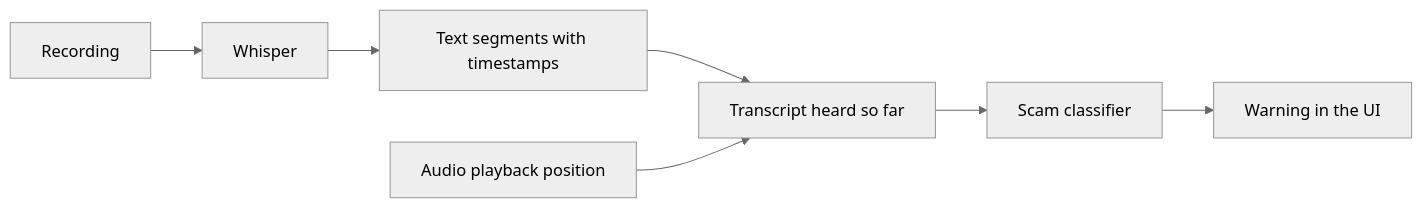
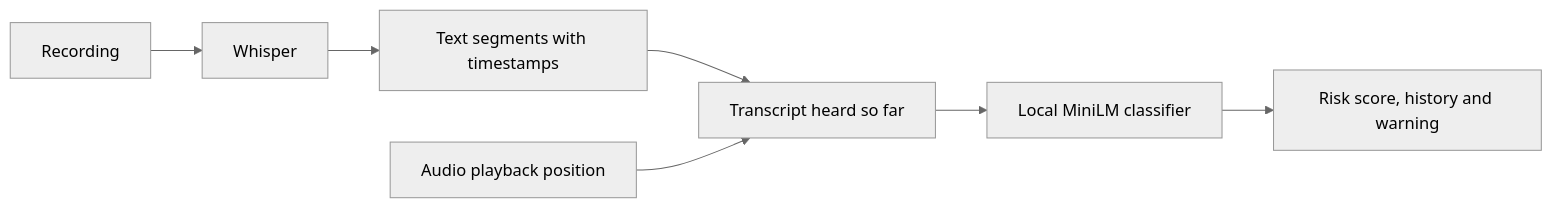
Before and after one commit to ZellerhoffBen/swissscam: the diagram in README.md, drawn with Mermaid (neutral theme). The commit also changed other lines of this file, not shown here.

Commit message:
docs: update call flow and validation results

````diff
--- a/README.md
+++ b/README.md
@@ -33,9 +33,9 @@
 ```mermaid
 flowchart LR
     A[Recording] --> B[Whisper]
     B --> C[Text segments with timestamps]
     C --> D[Transcript heard so far]
     P[Audio playback position] --> D
-    D --> E[Scam classifier]
-    E --> F[Warning in the UI]
+    D --> E[Local MiniLM classifier]
+    E --> F[Risk score, history and warning]
 ```
````
